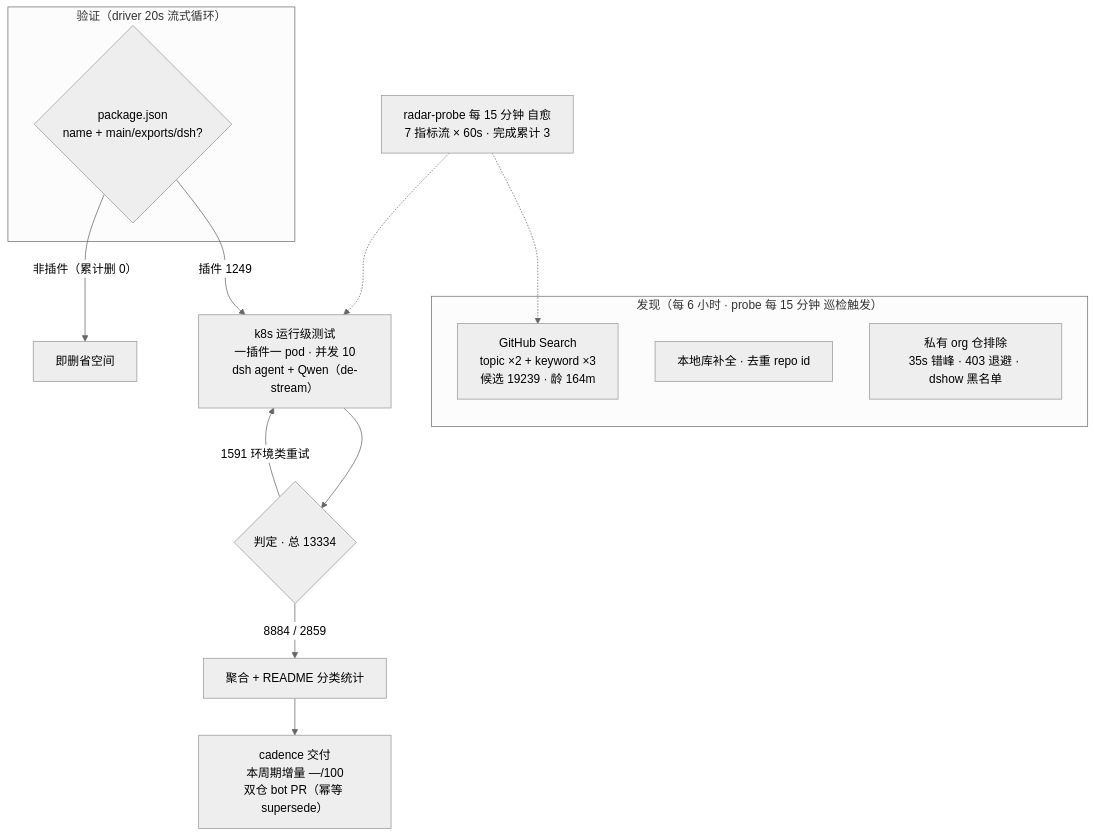
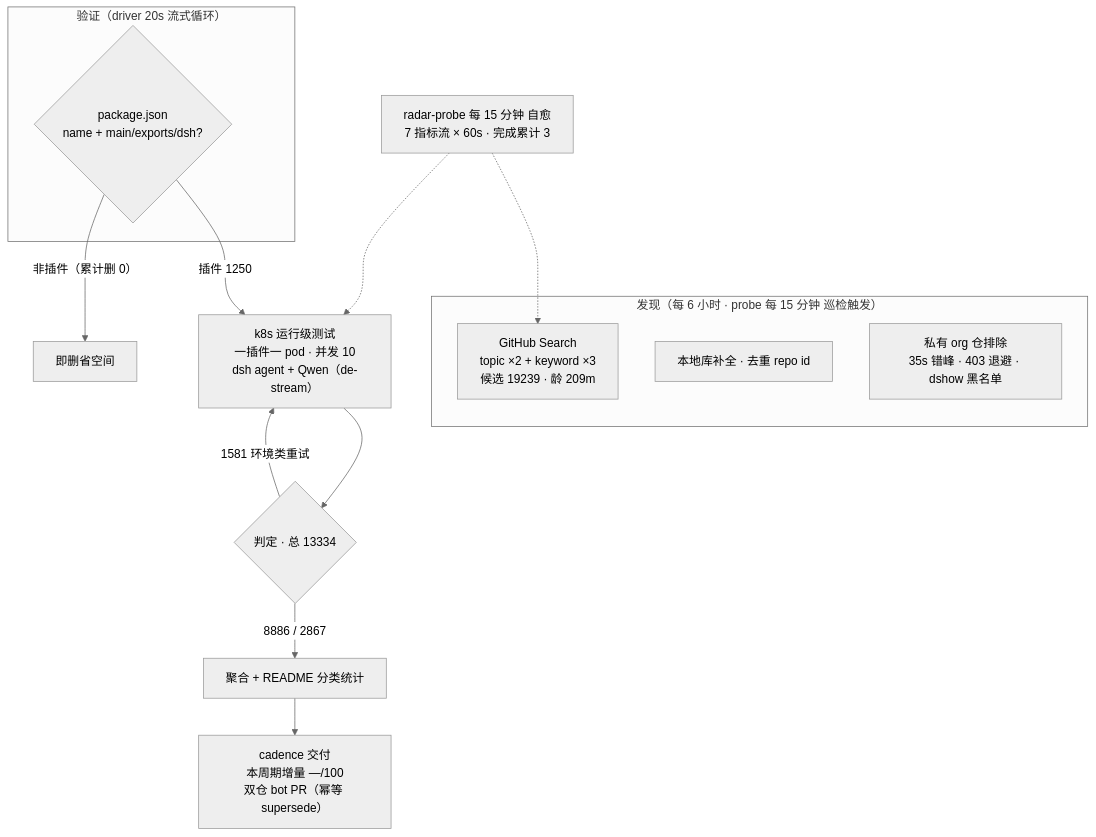
One commit to Zhidao-Lab-OSS/awesome-dsh-plugins changed the diagram in README.md. Above: the diagram before and after it, drawn with Mermaid (neutral theme). The commit also changed other lines of this file and 1 other file, not shown here.

````diff
--- a/README.md
+++ b/README.md
@@ -62,20 +63,20 @@
 ```mermaid
 flowchart TB
     subgraph Discovery["发现（每 6 小时 · probe 每 15 分钟 巡检触发）"]
-        A1["GitHub Search<br/>topic ×2 + keyword ×3<br/>候选 19239 · 龄 164m"]
+        A1["GitHub Search<br/>topic ×2 + keyword ×3<br/>候选 19239 · 龄 209m"]
         A2["本地库补全 · 去重 repo id"]
         A3["私有 org 仓排除<br/>35s 错峰 · 403 退避 · dshow 黑名单"]
     end
     subgraph Validation["验证（driver 20s 流式循环）"]
         B1{"package.json<br/>name + main/exports/dsh?"}
     end
-    B1 -->|"插件 1249"| C1["k8s 运行级测试<br/>一插件一 pod · 并发 10<br/>dsh agent + Qwen（de-stream）"]
+    B1 -->|"插件 1250"| C1["k8s 运行级测试<br/>一插件一 pod · 并发 10<br/>dsh agent + Qwen（de-stream）"]
     B1 -->|"非插件（累计删 0）"| B3["即删省空间"]
     C1 --> D1{"判定 · 总 13334"}
-    D1 -->|"8884 / 2859"| E1["聚合 + README 分类统计"]
-    D1 -->|"1591 环境类重试"| C1
+    D1 -->|"8886 / 2867"| E1["聚合 + README 分类统计"]
+    D1 -->|"1581 环境类重试"| C1
     E1 --> E2["cadence 交付<br/>本周期增量 —/100<br/>双仓 bot PR（幂等 supersede）"]
     M["radar-probe 每 15 分钟 自愈<br/>7 指标流 × 60s · 完成累计 3"]
     M -.-> A1
     M -.-> C1
 ```
````
